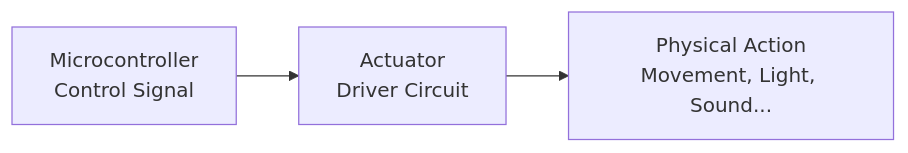
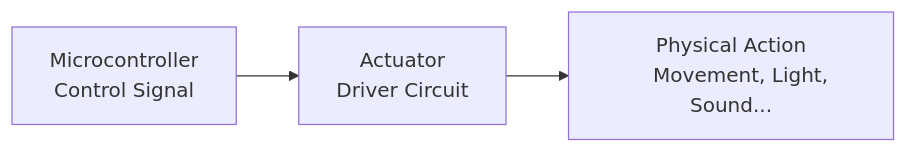
One commit to lazgaming70/IOT-CIA-1 changed the eighth of 13 diagrams in Unofficial-QB/Unofficial-QB-Claude-Ans.md. Above: the diagram before and after it, drawn with Mermaid.

Commit message:
Fixed newline syntax in another mermaidjs code block

````diff
--- a/Unofficial-QB/Unofficial-QB-Claude-Ans.md
+++ b/Unofficial-QB/Unofficial-QB-Claude-Ans.md
@@ -935,5 +935,8 @@
 ```mermaid
 flowchart LR
-    MCU[Microcontroller\nControl Signal] --> ACT[Actuator\nDriver Circuit]
-    ACT --> PHY[Physical Action\nMovement, Light, Sound...]
+    MCU[Microcontroller
+    Control Signal] --> ACT[Actuator
+    Driver Circuit]
+    ACT --> PHY[Physical Action
+    Movement, Light, Sound...]
 ```
````
